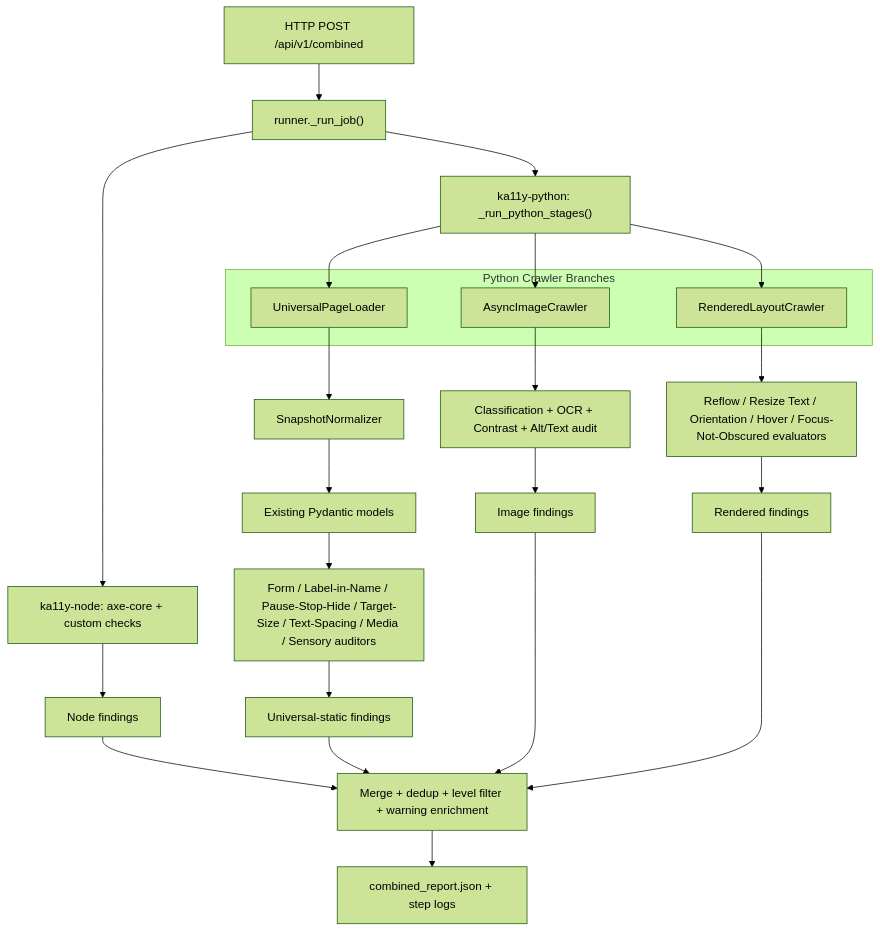
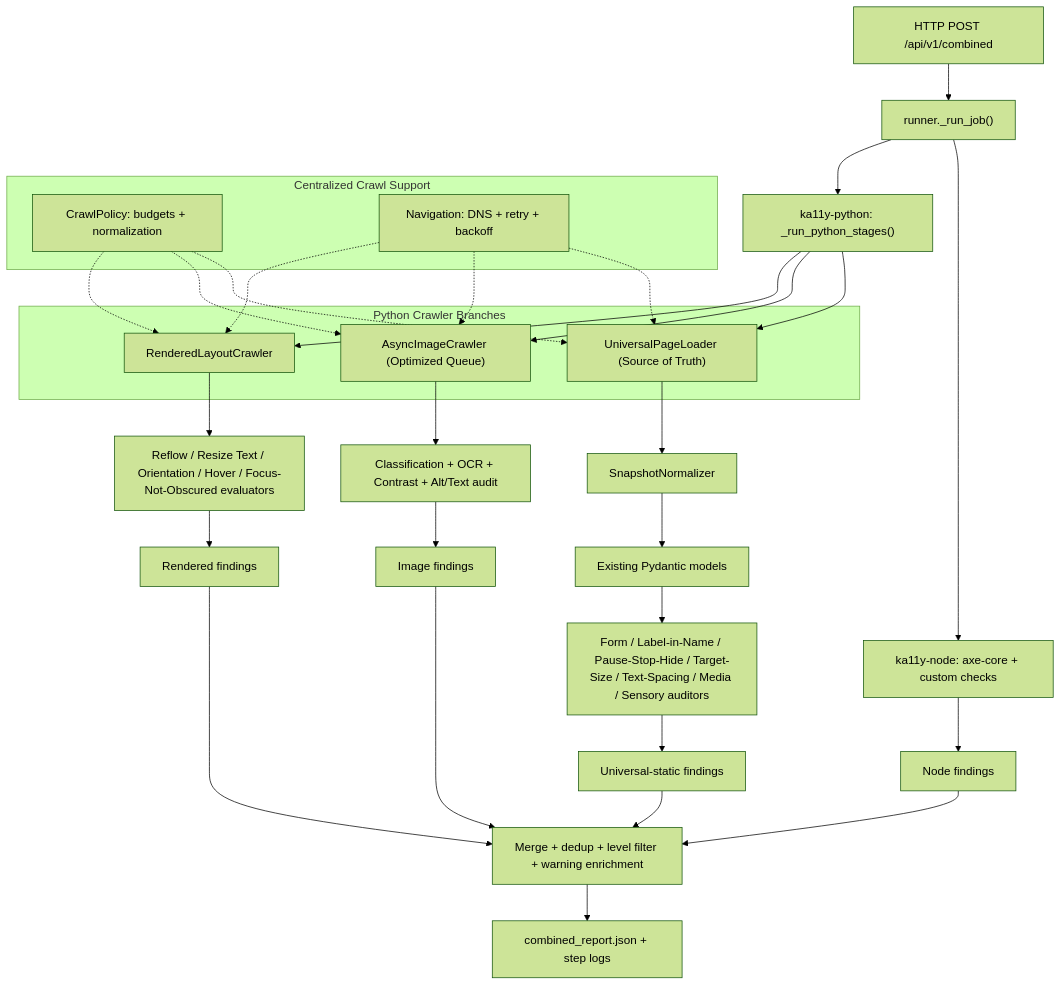
The first of 20 diagrams in ka11y-docs/internals/python-rules-flow-analysis.mdx (Sanjaypranavbc/ka11y), drawn with Mermaid (forest theme) before and after one commit. The commit also changed other lines of this file and 5 other files, not shown here.

Commit message:
updated node rules flow

````diff
--- a/ka11y-docs/internals/python-rules-flow-analysis.mdx
+++ b/ka11y-docs/internals/python-rules-flow-analysis.mdx
@@ -25,31 +26,37 @@
 ```mermaid
 flowchart TD
     A[HTTP POST /api/v1/combined] --> B["runner._run_job()"]
     B --> C["ka11y-node: axe-core + custom checks"]
     B --> D["ka11y-python: _run_python_stages()"]
 
+    subgraph "Centralized Crawl Support"
+        CP["CrawlPolicy: budgets + normalization"]
+        NR["Navigation: DNS + retry + backoff"]
+    end
+
     subgraph "Python Crawler Branches"
-        E["UniversalPageLoader"]
-        F["AsyncImageCrawler"]
+        E["UniversalPageLoader (Source of Truth)"]
+        F["AsyncImageCrawler (Optimized Queue)"]
         G["RenderedLayoutCrawler"]
     end
 
+    CP & NR -.-> E & F & G
     D --> E
     D --> F
     D --> G
 
     E --> H["SnapshotNormalizer"]
     H --> I["Existing Pydantic models"]
     I --> J["Form / Label-in-Name / Pause-Stop-Hide / Target-Size / Text-Spacing / Media / Sensory auditors"]
 
     F --> K["Classification + OCR + Contrast + Alt/Text audit"]
     G --> L["Reflow / Resize Text / Orientation / Hover / Focus-Not-Obscured evaluators"]
 
     C --> M["Node findings"]
     J --> N["Universal-static findings"]
     K --> O["Image findings"]
     L --> P["Rendered findings"]
 
     M & N & O & P --> Q["Merge + dedup + level filter + warning enrichment"]
     Q --> R["combined_report.json + step logs"]
 ```
````
